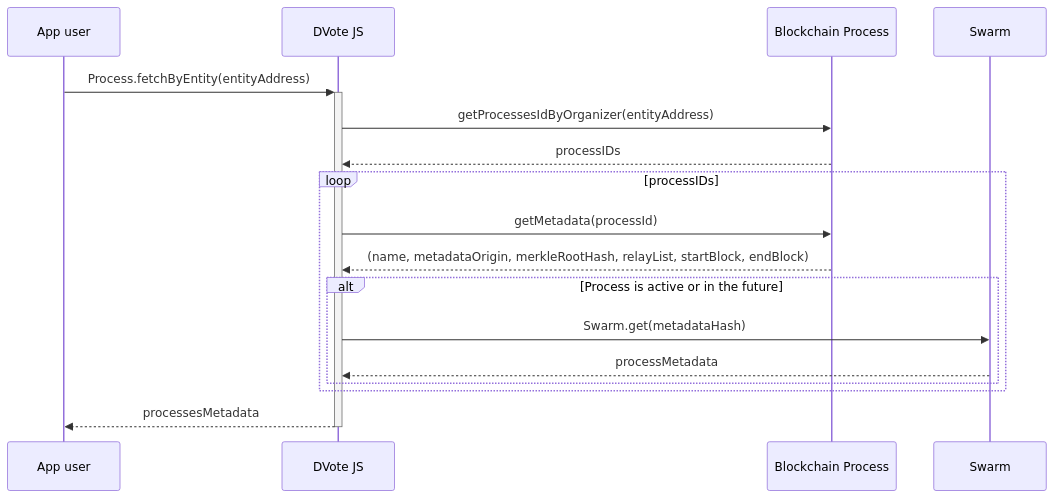
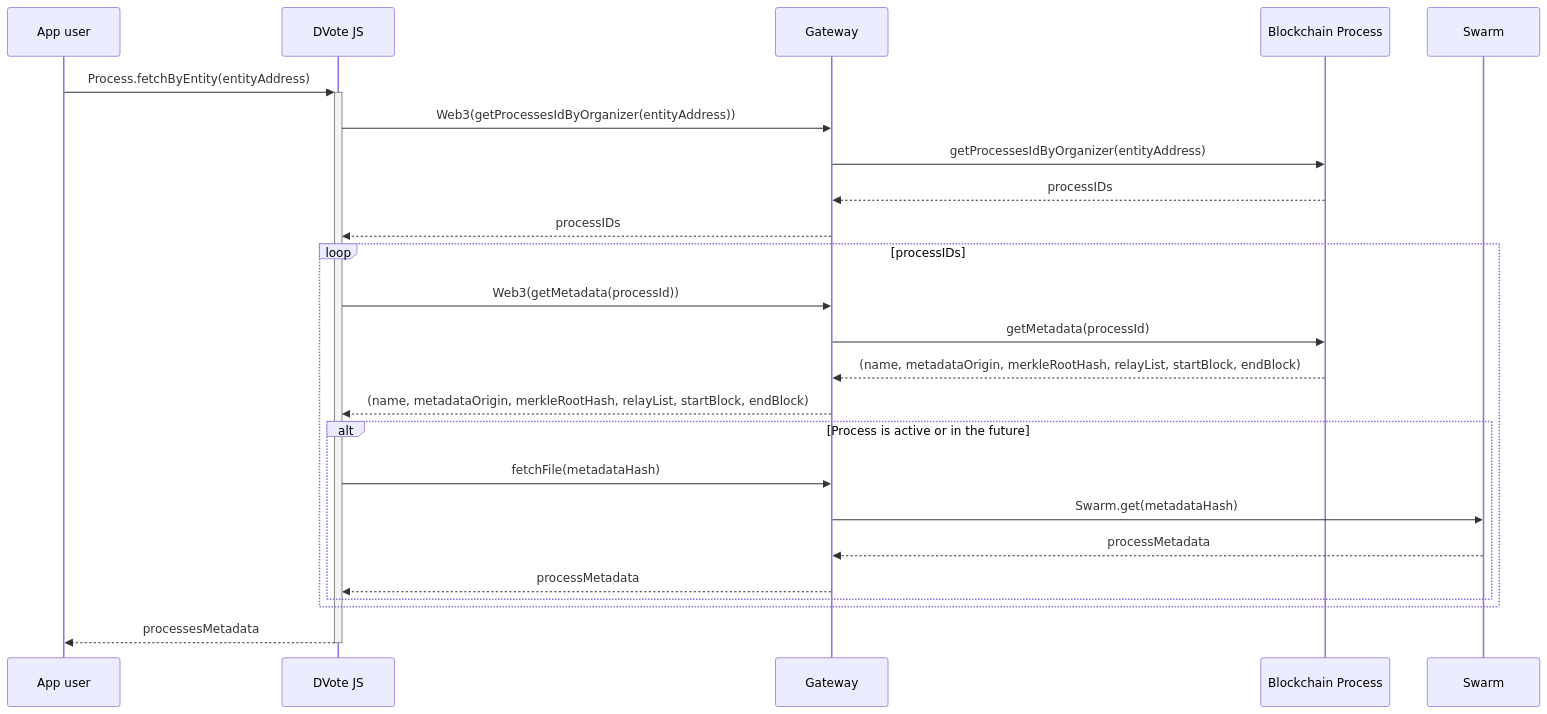
Before and after one commit to vocdoni/docs: the eighth of 15 diagrams in docs/protocol/sequence-diagrams.md, drawn with Mermaid. The commit also changed other lines of this file, not shown here.

Commit message:
modified sequence diagrams to include gateway dependency

````diff
--- a/docs/protocol/sequence-diagrams.md
+++ b/docs/protocol/sequence-diagrams.md
@@ -270,26 +296,33 @@
 ```mermaid
 sequenceDiagram
     participant App as App user
     participant DV as DVote JS
+    participant GW as Gateway
     participant BC as Blockchain Process
     participant SW as Swarm
 
     App->>+DV: Process.fetchByEntity(entityAddress)
 
-        DV->>BC: getProcessesIdByOrganizer(entityAddress)
-        BC-->>DV: processIDs
+        DV->>GW: Web3(getProcessesIdByOrganizer(entityAddress))
+        GW->>BC: getProcessesIdByOrganizer(entityAddress)
+        BC-->>GW: processIDs
+        GW-->>DV: processIDs
 
         loop processIDs
 
-            DV->>BC: getMetadata(processId)
-            BC-->>DV: (name, metadataOrigin, merkleRootHash, relayList, startBlock, endBlock)
+            DV->>GW: Web3(getMetadata(processId))
+            GW->>BC: getMetadata(processId)
+            BC-->>GW: (name, metadataOrigin, merkleRootHash, relayList, startBlock, endBlock)
+            GW-->>DV: (name, metadataOrigin, merkleRootHash, relayList, startBlock, endBlock)
 
             alt Process is active or in the future
-                DV->>SW: Swarm.get(metadataHash)
-                SW-->>DV: processMetadata
+                DV->>GW: fetchFile(metadataHash)
+                GW->>SW: Swarm.get(metadataHash)
+                SW-->>GW: processMetadata
+                GW-->>DV: processMetadata
             end
 
         end
 
     DV-->>-App: processesMetadata
 ```
````
